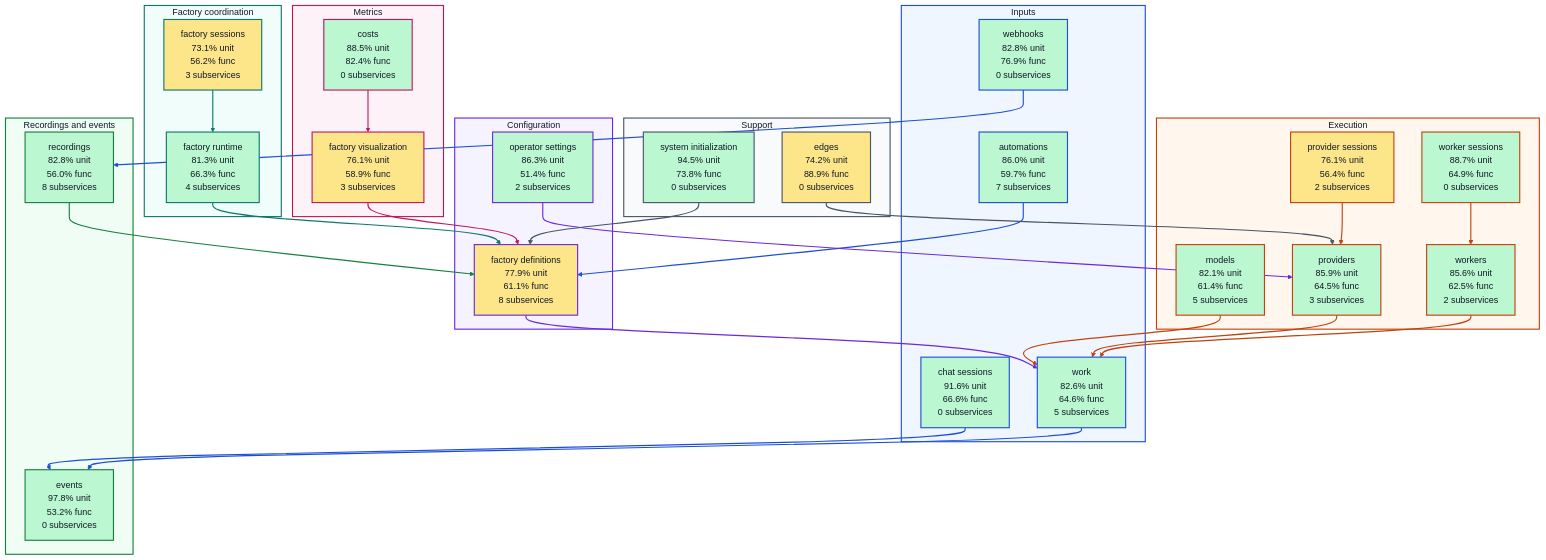
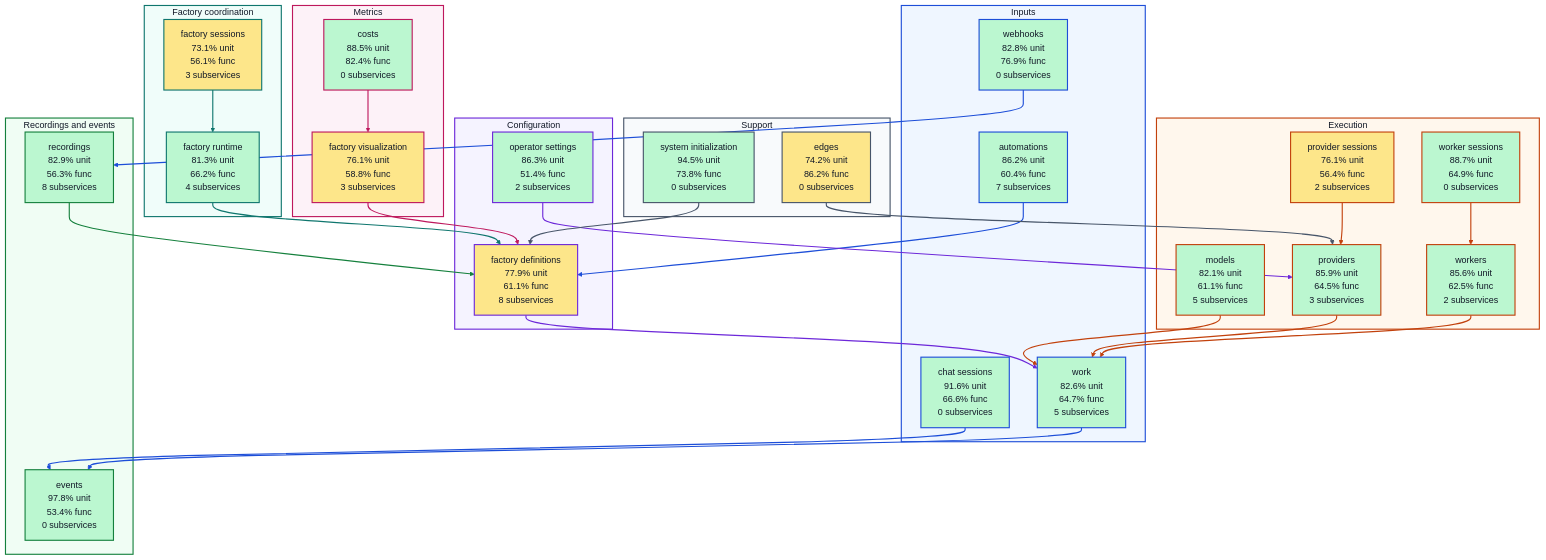
The diagram in docs/architecture/visualizations/high-level-test-coverage.md (portpowered/you-agent-factory), drawn with Mermaid before and after one commit. The commit also changed other lines of this file and 20 other files, not shown here.

Commit message:
docs: refresh backend architecture visualizations

````diff
--- a/docs/architecture/visualizations/high-level-test-coverage.md
+++ b/docs/architecture/visualizations/high-level-test-coverage.md
@@ -11,36 +11,36 @@
 ```mermaid
 flowchart TB
   subgraph input["Inputs"]
-    s_services_automations["automations<br/>86.0% unit<br/>59.7% func<br/>7 subservices"]
+    s_services_automations["automations<br/>86.2% unit<br/>60.4% func<br/>7 subservices"]
     s_services_chat_sessions["chat sessions<br/>91.6% unit<br/>66.6% func<br/>0 subservices"]
     s_services_webhooks["webhooks<br/>82.8% unit<br/>76.9% func<br/>0 subservices"]
-    s_services_work["work<br/>82.6% unit<br/>64.6% func<br/>5 subservices"]
+    s_services_work["work<br/>82.6% unit<br/>64.7% func<br/>5 subservices"]
   end
   subgraph configuration["Configuration"]
     s_services_factory_definitions["factory definitions<br/>77.9% unit<br/>61.1% func<br/>8 subservices"]
     s_services_operator_settings["operator settings<br/>86.3% unit<br/>51.4% func<br/>2 subservices"]
   end
   subgraph coordination["Factory coordination"]
-    s_services_factory_runtime["factory runtime<br/>81.3% unit<br/>66.3% func<br/>4 subservices"]
-    s_services_factory_sessions["factory sessions<br/>73.1% unit<br/>56.2% func<br/>3 subservices"]
+    s_services_factory_runtime["factory runtime<br/>81.3% unit<br/>66.2% func<br/>4 subservices"]
+    s_services_factory_sessions["factory sessions<br/>73.1% unit<br/>56.1% func<br/>3 subservices"]
   end
   subgraph execution["Execution"]
-    s_services_models["models<br/>82.1% unit<br/>61.4% func<br/>5 subservices"]
+    s_services_models["models<br/>82.1% unit<br/>61.1% func<br/>5 subservices"]
     s_services_provider_sessions["provider sessions<br/>76.1% unit<br/>56.4% func<br/>2 subservices"]
     s_services_providers["providers<br/>85.9% unit<br/>64.5% func<br/>3 subservices"]
     s_services_worker_sessions["worker sessions<br/>88.7% unit<br/>64.9% func<br/>0 subservices"]
     s_services_workers["workers<br/>85.6% unit<br/>62.5% func<br/>2 subservices"]
   end
   subgraph recordings["Recordings and events"]
-    s_services_events["events<br/>97.8% unit<br/>53.2% func<br/>0 subservices"]
-    s_services_recordings["recordings<br/>82.8% unit<br/>56.0% func<br/>8 subservices"]
+    s_services_events["events<br/>97.8% unit<br/>53.4% func<br/>0 subservices"]
+    s_services_recordings["recordings<br/>82.9% unit<br/>56.3% func<br/>8 subservices"]
   end
   subgraph metrics["Metrics"]
     s_services_costs["costs<br/>88.5% unit<br/>82.4% func<br/>0 subservices"]
-    s_services_factory_visualization["factory visualization<br/>76.1% unit<br/>58.9% func<br/>3 subservices"]
+    s_services_factory_visualization["factory visualization<br/>76.1% unit<br/>58.8% func<br/>3 subservices"]
   end
   subgraph support["Support"]
-    s_services_edges["edges<br/>74.2% unit<br/>88.9% func<br/>0 subservices"]
+    s_services_edges["edges<br/>74.2% unit<br/>86.2% func<br/>0 subservices"]
     s_services_system_initialization["system initialization<br/>94.5% unit<br/>73.8% func<br/>0 subservices"]
   end
   s_services_automations --> s_services_factory_definitions
````
